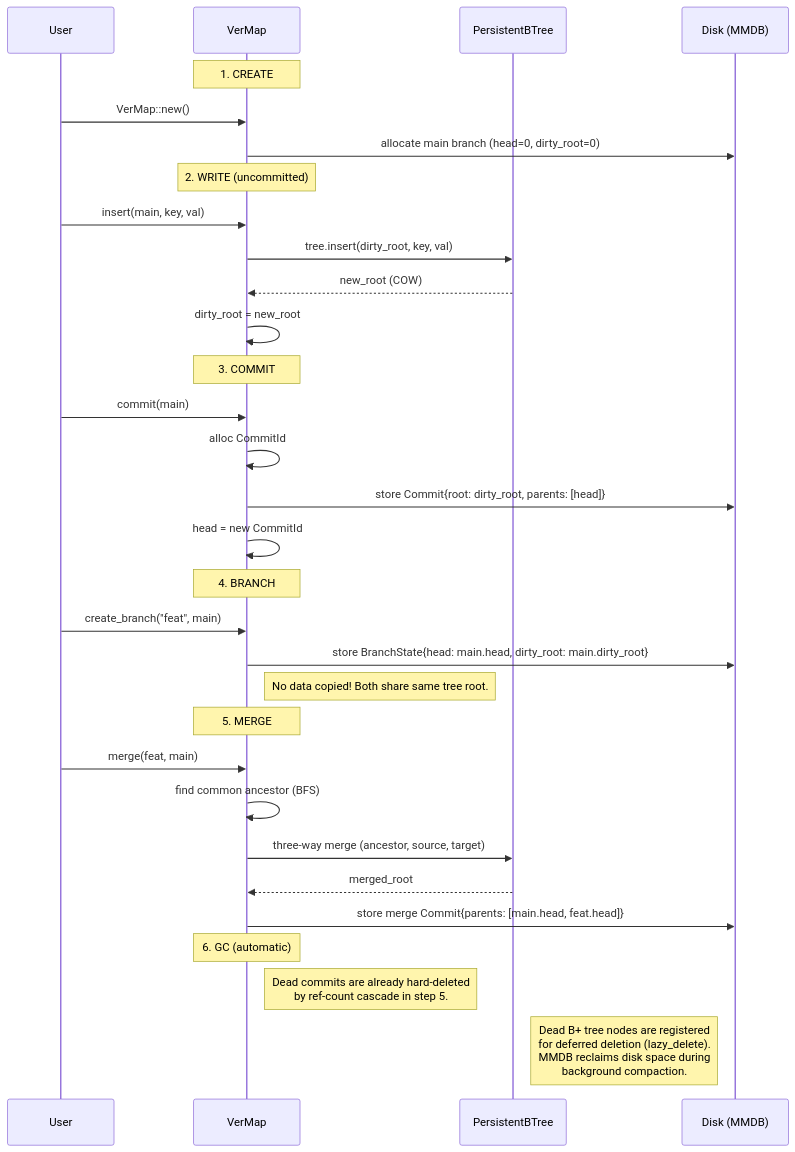
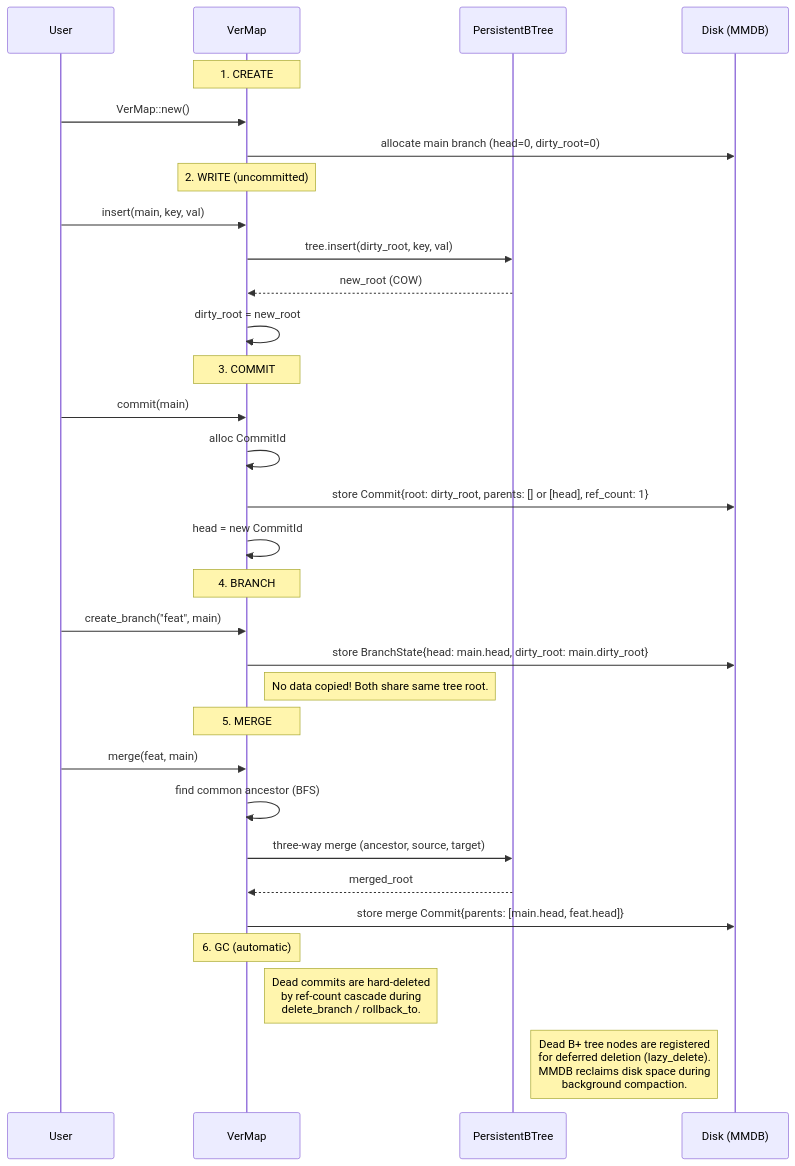
The fifth of 18 diagrams in strata/docs/versioned.md (rust-util-collections/vsdb), drawn with Mermaid before and after one commit. The commit also changed other lines of this file and 36 other files, not shown here.

````diff
--- a/strata/docs/versioned.md
+++ b/strata/docs/versioned.md
@@ -152,39 +153,39 @@
 ```mermaid
 sequenceDiagram
     participant U as User
     participant V as VerMap
     participant T as PersistentBTree
     participant D as Disk (MMDB)
 
     Note over V: 1. CREATE
     U->>V: VerMap::new()
     V->>D: allocate main branch (head=0, dirty_root=0)
 
     Note over V: 2. WRITE (uncommitted)
     U->>V: insert(main, key, val)
     V->>T: tree.insert(dirty_root, key, val)
     T-->>V: new_root (COW)
     V->>V: dirty_root = new_root
 
     Note over V: 3. COMMIT
     U->>V: commit(main)
     V->>V: alloc CommitId
-    V->>D: store Commit{root: dirty_root, parents: [head]}
+    V->>D: store Commit{root: dirty_root, parents: [] or [head], ref_count: 1}
     V->>V: head = new CommitId
 
     Note over V: 4. BRANCH
     U->>V: create_branch("feat", main)
     V->>D: store BranchState{head: main.head, dirty_root: main.dirty_root}
     Note right of V: No data copied! Both share same tree root.
 
     Note over V: 5. MERGE
     U->>V: merge(feat, main)
     V->>V: find common ancestor (BFS)
     V->>T: three-way merge (ancestor, source, target)
     T-->>V: merged_root
     V->>D: store merge Commit{parents: [main.head, feat.head]}
 
     Note over V: 6. GC (automatic)
-    Note right of V: Dead commits are already hard-deleted<br/>by ref-count cascade in step 5.
+    Note right of V: Dead commits are hard-deleted<br/>by ref-count cascade during<br/>delete_branch / rollback_to.
     Note right of T: Dead B+ tree nodes are registered<br/>for deferred deletion (lazy_delete).<br/>MMDB reclaims disk space during<br/>background compaction.
 ```
````
